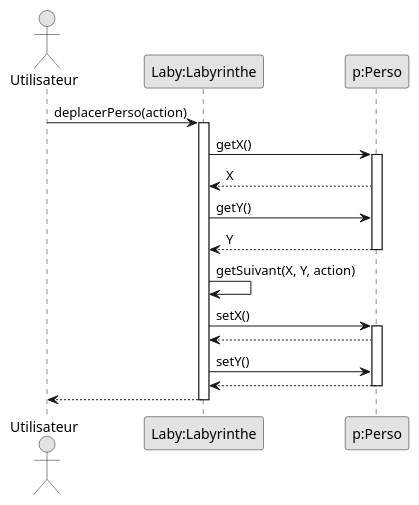
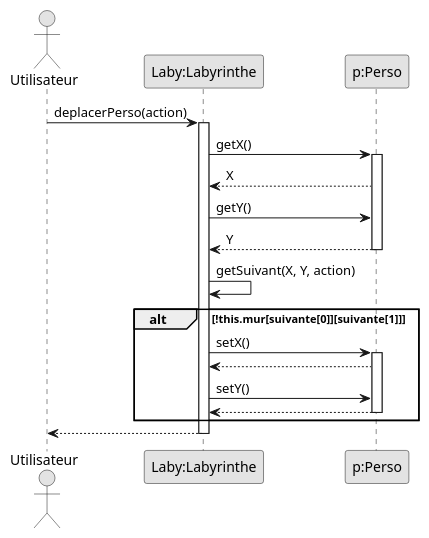
One commit to Dracosxs/2022_Zeldiablo_MOUGIN_DEFOLIE_KETZINGER_KOLER changed the diagram in documents/version_1/CollisionAvecMurs.puml. Above: the diagram before and after it, drawn with PlantUML. The commit also changed 2 other files, not shown here.

Commit message:
Ajout des conditionnelles dans certains diagrammes de sequence

```diff
--- a/documents/version_1/CollisionAvecMurs.puml
+++ b/documents/version_1/CollisionAvecMurs.puml
@@ -1,27 +1,29 @@
 @startuml
 skinparam monochrome true
 
 actor Utilisateur
 
 participant "Laby:Labyrinthe" as Laby
 participant "p:Perso" as P
 
 Utilisateur -> Laby: deplacerPerso(action)
 activate Laby
 Laby -> P: getX()
 activate P
 Laby <-- P: X
 Laby -> P: getY()
 Laby <-- P: Y
 deactivate P
 Laby -> Laby:getSuivant(X, Y, action)
-Laby -> P: setX()
-activate P
-Laby <-- P:
-Laby -> P: setY()
-Laby <-- P:
-deactivate P
+alt !this.mur[suivante[0]][suivante[1]]
+    Laby -> P: setX()
+        activate P
+        Laby <-- P:
+        Laby -> P: setY()
+        Laby <-- P:
+        deactivate P
+end
 Laby --> Utilisateur
 deactivate Laby
 
 @enduml
```
